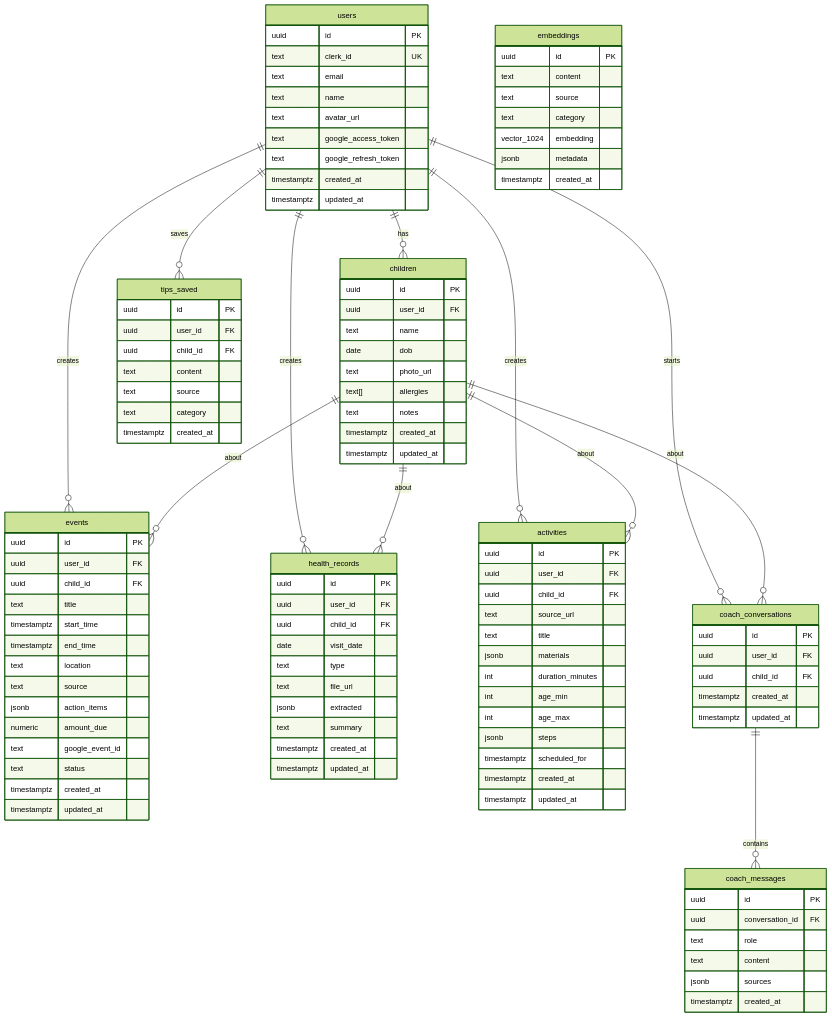
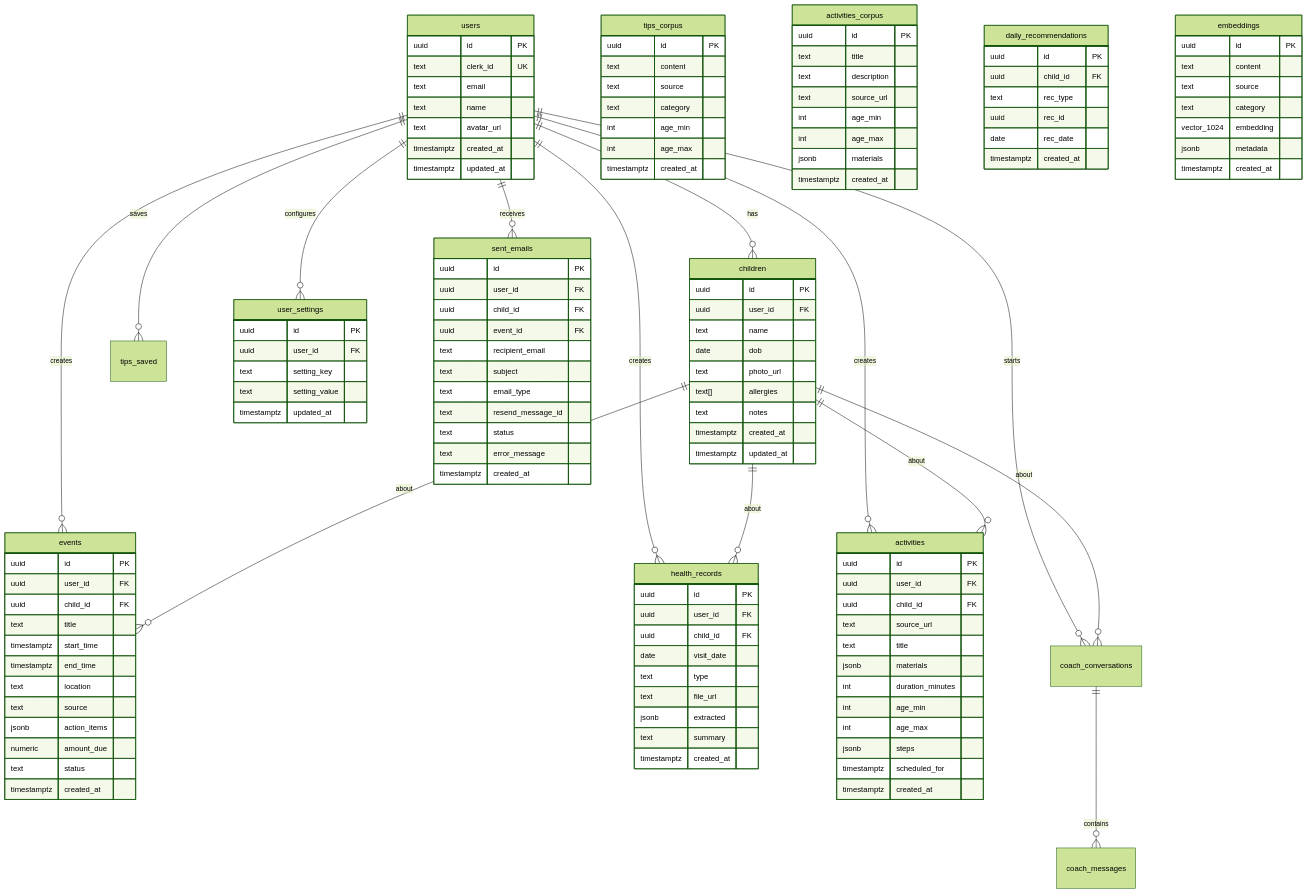
The fourth of 5 diagrams in ARCHITECTURE.md (dada5531/kinloop), drawn with Mermaid (forest theme) before and after one commit. The commit also changed other lines of this file and 4 other files, not shown here.

```diff
--- a/ARCHITECTURE.md
+++ b/ARCHITECTURE.md
@@ -96,6 +199,8 @@
     users ||--o{ activities : creates
     users ||--o{ tips_saved : saves
     users ||--o{ coach_conversations : starts
+    users ||--o{ user_settings : configures
+    users ||--o{ sent_emails : receives
 
     children ||--o{ events : about
     children ||--o{ health_records : about
@@ -110,8 +215,6 @@
         text email
         text name
         text avatar_url
-        text google_access_token
-        text google_refresh_token
         timestamptz created_at
         timestamptz updated_at
     }
@@ -139,10 +242,8 @@
         text source
         jsonb action_items
         numeric amount_due
-        text google_event_id
         text status
         timestamptz created_at
-        timestamptz updated_at
     }
 
     health_records {
@@ -155,7 +256,6 @@
         jsonb extracted
         text summary
         timestamptz created_at
-        timestamptz updated_at
     }
 
     activities {
@@ -171,33 +271,57 @@
         jsonb steps
         timestamptz scheduled_for
         timestamptz created_at
+    }
+
+    user_settings {
+        uuid id PK
+        uuid user_id FK
+        text setting_key
+        text setting_value
         timestamptz updated_at
     }
 
-    tips_saved {
+    sent_emails {
         uuid id PK
         uuid user_id FK
         uuid child_id FK
+        uuid event_id FK
+        text recipient_email
+        text subject
+        text email_type
+        text resend_message_id
+        text status
+        text error_message
+        timestamptz created_at
+    }
+
+    tips_corpus {
+        uuid id PK
         text content
         text source
         text category
+        int age_min
+        int age_max
         timestamptz created_at
     }
 
-    coach_conversations {
+    activities_corpus {
         uuid id PK
-        uuid user_id FK
-        uuid child_id FK
+        text title
+        text description
+        text source_url
+        int age_min
+        int age_max
+        jsonb materials
         timestamptz created_at
-        timestamptz updated_at
     }
 
-    coach_messages {
+    daily_recommendations {
         uuid id PK
-        uuid conversation_id FK
-        text role
-        text content
-        jsonb sources
+        uuid child_id FK
+        text rec_type
+        uuid rec_id
+        date rec_date
         timestamptz created_at
     }
 
```
